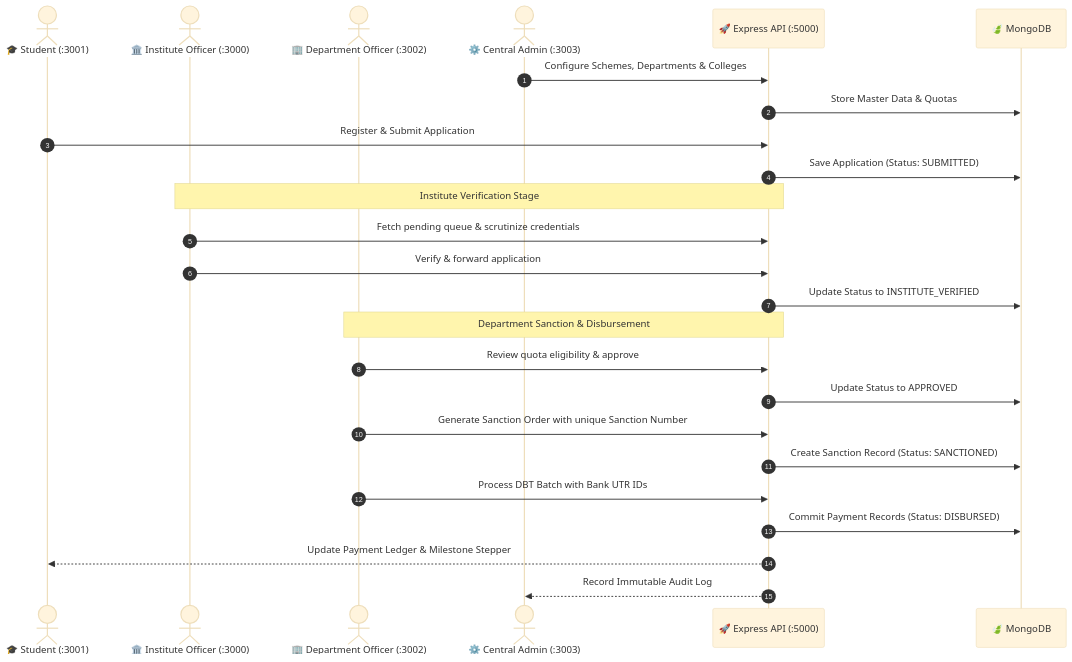
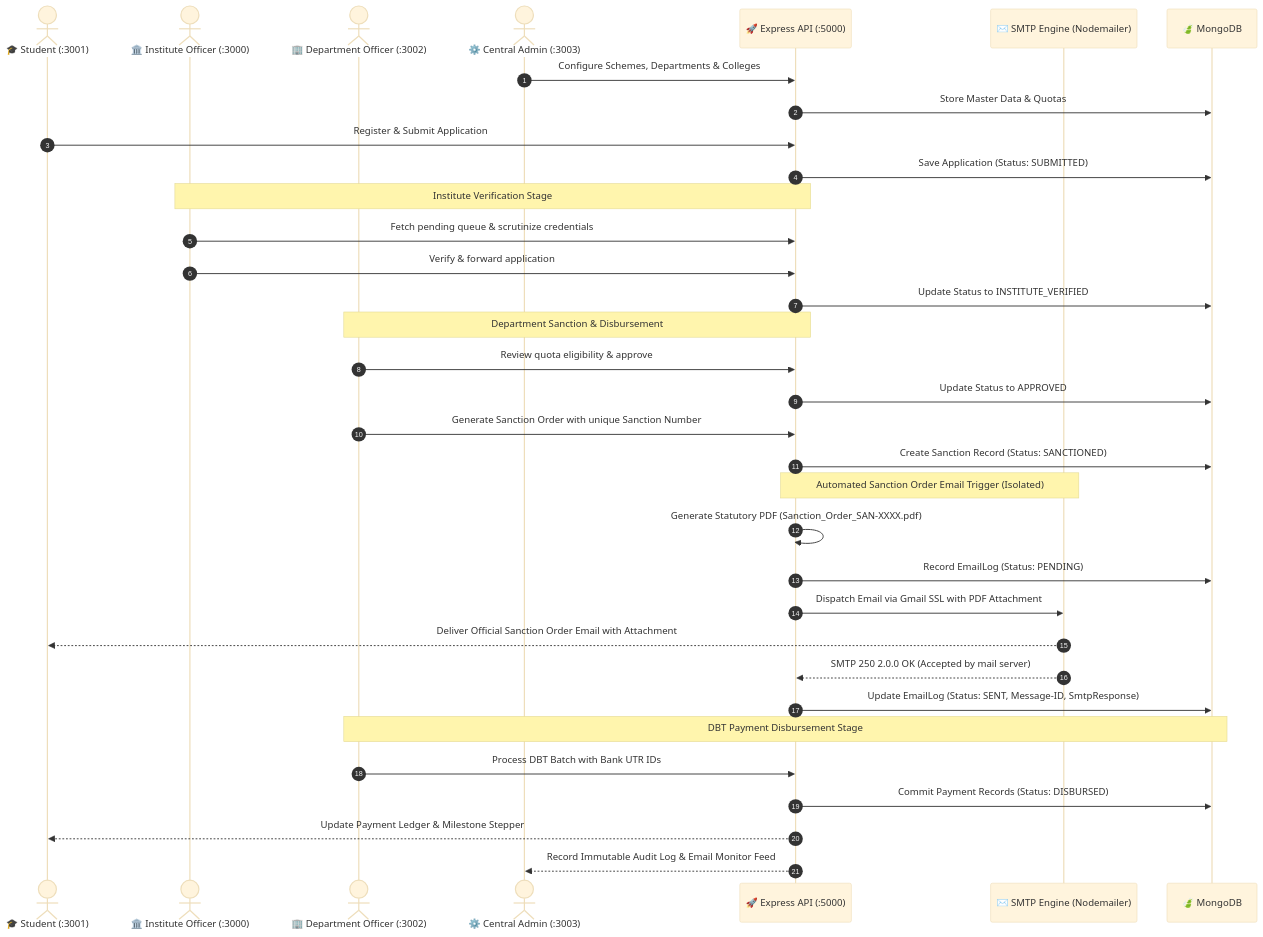
Before and after one commit to thilak-1706/integrated_scholarship_portal: the second of 2 diagrams in README.md, drawn with Mermaid (base theme). The commit also changed other lines of this file and 31 other files, not shown here.

````diff
--- a/README.md
+++ b/README.md
@@ -71,28 +85,37 @@
 ```mermaid
 sequenceDiagram
     autonumber
     actor Student as 🎓 Student (:3001)
     actor Institute as 🏛️ Institute Officer (:3000)
     actor Dept as 🏢 Department Officer (:3002)
     actor Admin as ⚙️ Central Admin (:3003)
     participant API as 🚀 Express API (:5000)
+    participant Mailer as ✉️ SMTP Engine (Nodemailer)
     participant DB as 🍃 MongoDB
 
     Admin->>API: Configure Schemes, Departments & Colleges
     API->>DB: Store Master Data & Quotas
     Student->>API: Register & Submit Application
     API->>DB: Save Application (Status: SUBMITTED)
     Note over Institute,API: Institute Verification Stage
     Institute->>API: Fetch pending queue & scrutinize credentials
     Institute->>API: Verify & forward application
     API->>DB: Update Status to INSTITUTE_VERIFIED
     Note over Dept,API: Department Sanction & Disbursement
     Dept->>API: Review quota eligibility & approve
     API->>DB: Update Status to APPROVED
     Dept->>API: Generate Sanction Order with unique Sanction Number
     API->>DB: Create Sanction Record (Status: SANCTIONED)
+    Note over API,Mailer: Automated Sanction Order Email Trigger (Isolated)
+    API->>API: Generate Statutory PDF (Sanction_Order_SAN-XXXX.pdf)
+    API->>DB: Record EmailLog (Status: PENDING)
+    API->>Mailer: Dispatch Email via Gmail SSL with PDF Attachment
+    Mailer-->>Student: Deliver Official Sanction Order Email with Attachment
+    Mailer-->>API: SMTP 250 2.0.0 OK (Accepted by mail server)
+    API->>DB: Update EmailLog (Status: SENT, Message-ID, SmtpResponse)
+    Note over Dept,DB: DBT Payment Disbursement Stage
     Dept->>API: Process DBT Batch with Bank UTR IDs
     API->>DB: Commit Payment Records (Status: DISBURSED)
     API-->>Student: Update Payment Ledger & Milestone Stepper
-    API-->>Admin: Record Immutable Audit Log
+    API-->>Admin: Record Immutable Audit Log & Email Monitor Feed
 ```
````
